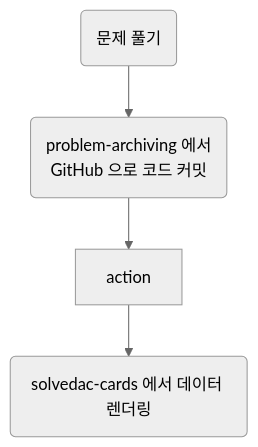
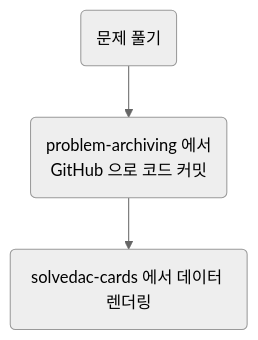
The diagram in README.md (seheon99/problem-solving), drawn with Mermaid (neutral theme) before and after one commit.

Commit message:
Remove 'action' from process flow in README

````diff
--- a/README.md
+++ b/README.md
@@ -25,8 +25,8 @@
 ```mermaid
 flowchart
   solve(문제 풀기)
   detect(problem-archiving 에서<br>GitHub 으로 코드 커밋)
   show(solvedac-cards 에서 데이터 렌더링)
 
-  solve --> detect --> action --> show
+  solve --> detect --> show
 ```
````
